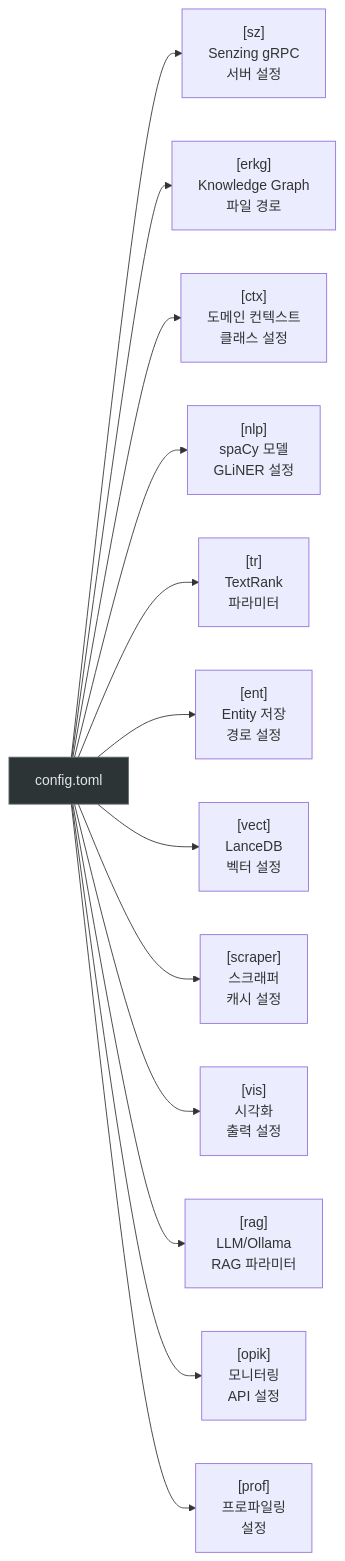
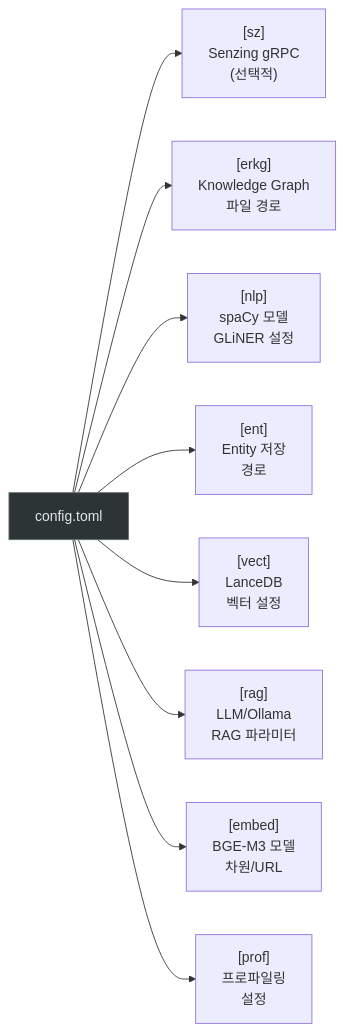
One commit to laurus-kpa007/GraphRAG-Senzing changed the fourth of 7 diagrams in docs/01_project_structure_and_flow.md. Above: the diagram before and after it, drawn with Mermaid. The commit also changed other lines of this file and 4 other files, not shown here.

````diff
--- a/docs/01_project_structure_and_flow.md
+++ b/docs/01_project_structure_and_flow.md
@@ -281,19 +252,15 @@
 ```mermaid
 graph LR
     CONFIG["config.toml"]
 
-    CONFIG --> SZ["[sz]<br/>Senzing gRPC<br/>서버 설정"]
+    CONFIG --> SZ["[sz]<br/>Senzing gRPC<br/>(선택적)"]
     CONFIG --> ERKG_C["[erkg]<br/>Knowledge Graph<br/>파일 경로"]
-    CONFIG --> CTX_C["[ctx]<br/>도메인 컨텍스트<br/>클래스 설정"]
     CONFIG --> NLP_C["[nlp]<br/>spaCy 모델<br/>GLiNER 설정"]
-    CONFIG --> TR["[tr]<br/>TextRank<br/>파라미터"]
-    CONFIG --> ENT_C["[ent]<br/>Entity 저장<br/>경로 설정"]
+    CONFIG --> ENT_C["[ent]<br/>Entity 저장<br/>경로"]
     CONFIG --> VECT_C["[vect]<br/>LanceDB<br/>벡터 설정"]
-    CONFIG --> SCRAPER_C["[scraper]<br/>스크래퍼<br/>캐시 설정"]
-    CONFIG --> VIS_C["[vis]<br/>시각화<br/>출력 설정"]
     CONFIG --> RAG_C["[rag]<br/>LLM/Ollama<br/>RAG 파라미터"]
-    CONFIG --> OPIK_C["[opik]<br/>모니터링<br/>API 설정"]
+    CONFIG --> EMBED_C["[embed]<br/>BGE-M3 모델<br/>차원/URL"]
     CONFIG --> PROF_C["[prof]<br/>프로파일링<br/>설정"]
 
     style CONFIG fill:#2d3436,stroke:#636e72,color:#dfe6e9
 ```
````
